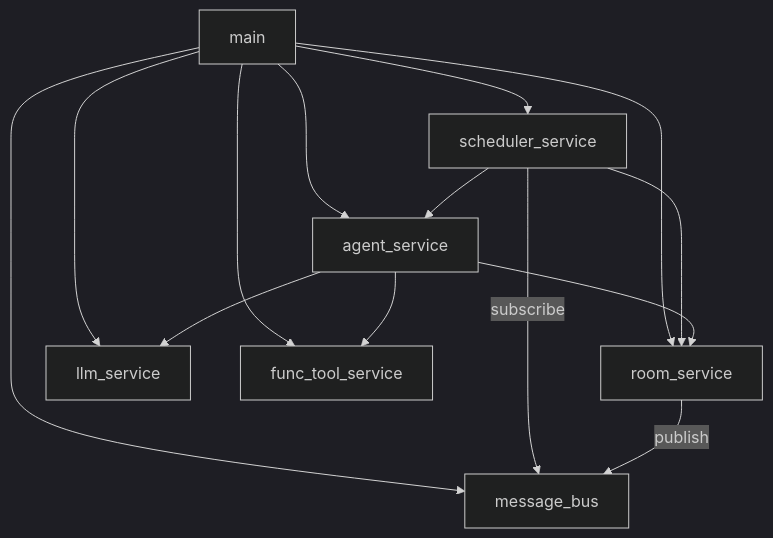
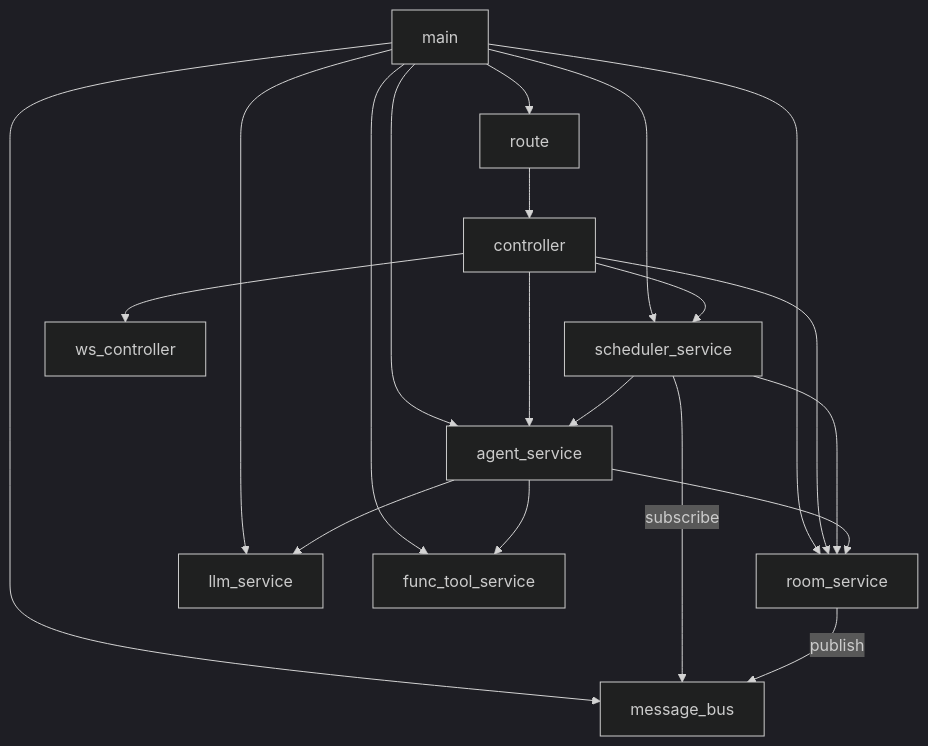
The diagram in docs/service_dependencies.md (alexazhou/TogoSpace), drawn with Mermaid (dark theme) before and after one commit. The commit also changed other lines of this file and 7 other files, not shown here.

````diff
--- a/docs/service_dependencies.md
+++ b/docs/service_dependencies.md
@@ -3,19 +3,26 @@
 ```mermaid
 graph TD
+    main --> route
     main --> scheduler_service
     main --> agent_service
     main --> room_service
     main --> llm_service
     main --> func_tool_service
     main --> message_bus
+
+    route --> controller
+    controller --> agent_service
+    controller --> room_service
+    controller --> scheduler_service
+    controller --> ws_controller
 
     scheduler_service --> agent_service
     scheduler_service --> room_service
     scheduler_service -->|subscribe| message_bus
 
     agent_service --> llm_service
     agent_service --> room_service
     agent_service --> func_tool_service
 
     room_service -->|publish| message_bus
 ```
````
